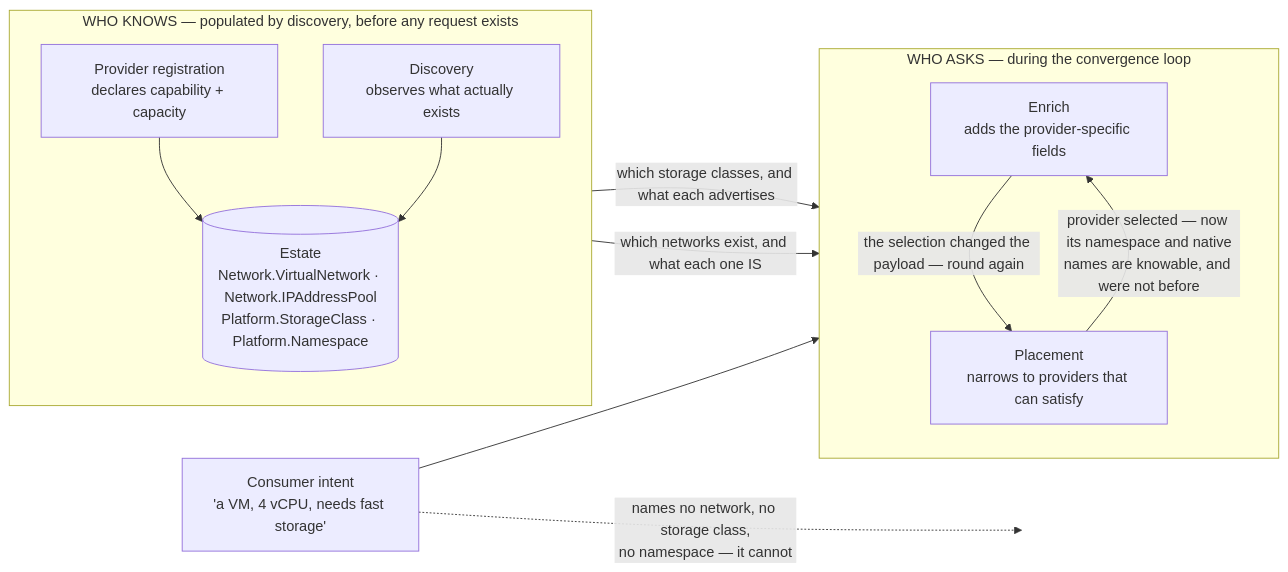
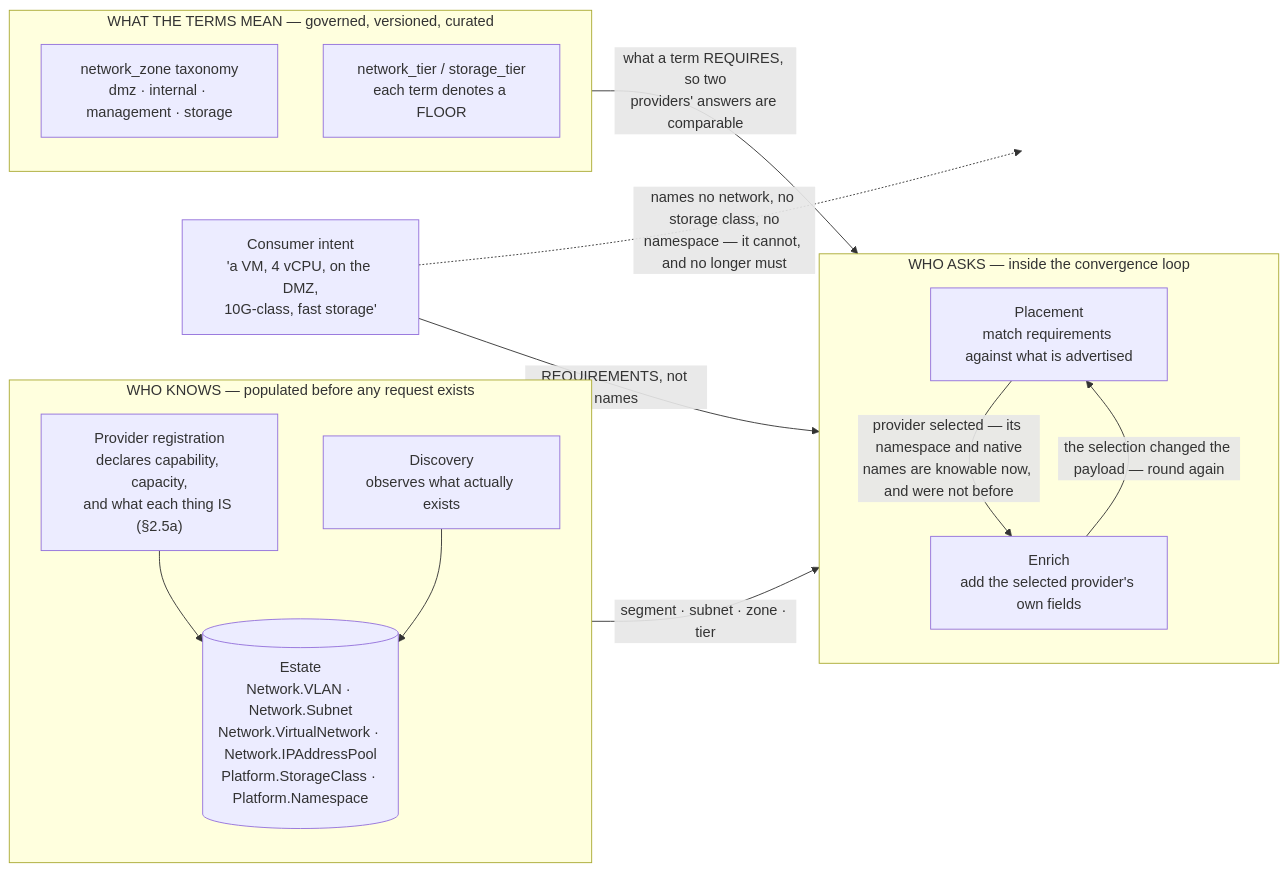
The second of 2 diagrams in docs/flows/uc-04-vm-intent-osac-placement.md (croadfeldt/udlm), drawn with Mermaid before and after one commit. The commit also changed other lines of this file and 1 other file, not shown here.

First paragraph of the commit message:
docs(flows): bring the UC-04 diagrams up to the design they describe (#502)
The data-sourcing diagram was written before the four axes were settled and before Network.Subnet
existed, so it described an earlier version of its own PR. Stale in three ways:

````diff
--- a/docs/flows/uc-04-vm-intent-osac-placement.md
+++ b/docs/flows/uc-04-vm-intent-osac-placement.md
@@ -95,25 +95,31 @@
 ```mermaid
 flowchart LR
-  subgraph SRC["WHO KNOWS — populated by discovery, before any request exists"]
+  subgraph SRC["WHO KNOWS — populated before any request exists"]
     direction TB
-    PROV["Provider registration<br/>declares capability + capacity"]
+    PROV["Provider registration<br/>declares capability, capacity,<br/>and what each thing IS (§2.5a)"]
     DISC["Discovery<br/>observes what actually exists"]
-    PROV --> EST[("Estate<br/>Network.VirtualNetwork · Network.IPAddressPool<br/>Platform.StorageClass · Platform.Namespace")]
+    PROV --> EST[("Estate<br/>Network.VLAN · Network.Subnet<br/>Network.VirtualNetwork · Network.IPAddressPool<br/>Platform.StorageClass · Platform.Namespace")]
     DISC --> EST
   end
 
-  subgraph REQ["WHO ASKS — during the convergence loop"]
+  subgraph VOCAB["WHAT THE TERMS MEAN — governed, versioned, curated"]
     direction TB
-    EN2["Enrich<br/>adds the provider-specific fields"]
-    PL2["Placement<br/>narrows to providers that can satisfy"]
+    ZN["network_zone taxonomy<br/>dmz · internal · management · storage"]
+    TR["network_tier / storage_tier<br/>each term denotes a FLOOR"]
   end
 
-  EST -->|"which networks exist, and what each one IS"| PL2
-  EST -->|"which storage classes, and what each advertises"| PL2
-  PL2 -->|"provider selected — now its namespace and native<br/>names are knowable, and were not before"| EN2
+  subgraph REQ["WHO ASKS — inside the convergence loop"]
+    direction TB
+    PL2["Placement<br/>match requirements against what is advertised"]
+    EN2["Enrich<br/>add the selected provider's own fields"]
+  end
+
+  EST -->|"segment · subnet · zone · tier"| PL2
+  VOCAB -->|"what a term REQUIRES, so two<br/>providers' answers are comparable"| PL2
+  PL2 -->|"provider selected — its namespace and native<br/>names are knowable now, and were not before"| EN2
   EN2 -->|"the selection changed the payload — round again"| PL2
 
-  CONS["Consumer intent<br/>'a VM, 4 vCPU, needs fast storage'"] --> PL2
-  CONS -.->|"names no network, no storage class,<br/>no namespace — it cannot"| X1[" "]
+  CONS["Consumer intent<br/>'a VM, 4 vCPU, on the DMZ,<br/>10G-class, fast storage'"] -->|"REQUIREMENTS, not names"| PL2
+  CONS -.->|"names no network, no storage class, no<br/>namespace — it cannot, and no longer must"| X1[" "]
   style X1 fill:none,stroke:none
 ```
````
